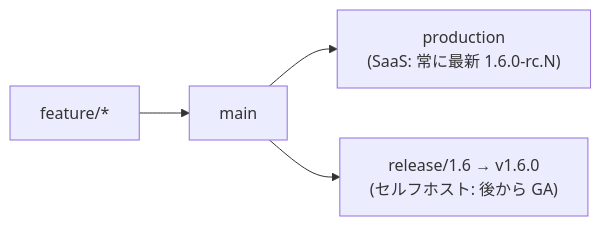
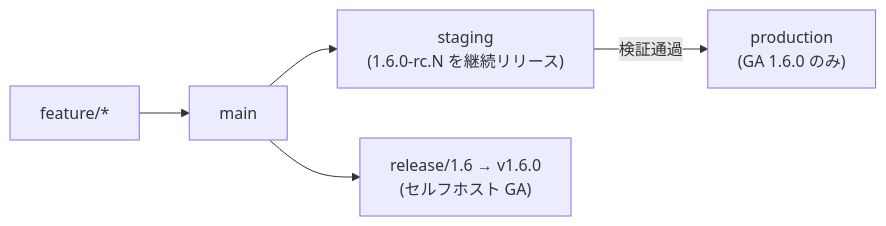
Before and after one commit to ykgw-daiki-nakamura/nakamura-git-tutorial: the second of 5 diagrams in docs/guide/dual-distribution.md, drawn with Mermaid. The commit also changed other lines of this file, not shown here.

Commit message:
docs(guide): SaaS 側の SemVer 管理と検証ゲート（本番は GA のみ）を追記

````diff
--- a/docs/guide/dual-distribution.md
+++ b/docs/guide/dual-distribution.md
@@ -47,6 +47,7 @@
 ```mermaid
 flowchart LR
     Fe["feature/*"] --> Ma["main"]
-    Ma --> Pr["production<br/>(SaaS: 常に最新 1.6.0-rc.N)"]
-    Ma --> Re["release/1.6 → v1.6.0<br/>(セルフホスト: 後から GA)"]
+    Ma --> St["staging<br/>(1.6.0-rc.N を継続リリース)"]
+    St -->|"検証通過"| Pr["production<br/>(GA 1.6.0 のみ)"]
+    Ma --> Re["release/1.6 → v1.6.0<br/>(セルフホスト GA)"]
 ```
````
